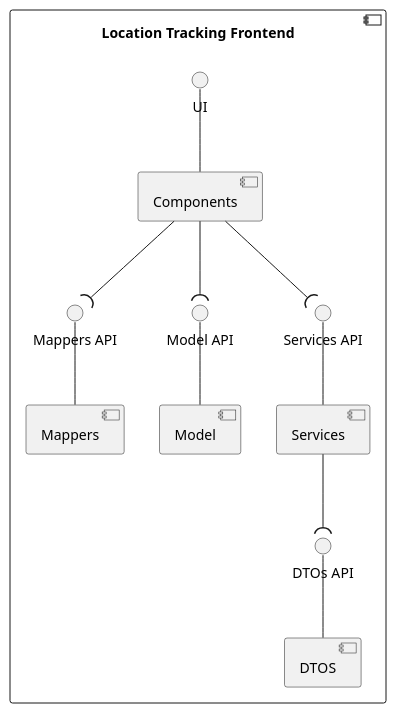
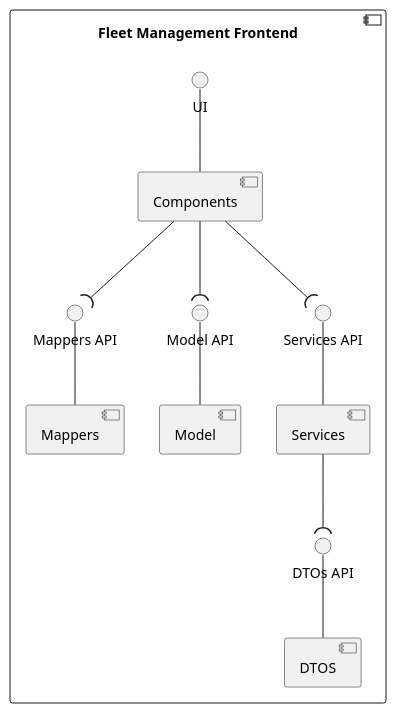
One commit to FilipeMCruz/sensae-console changed the diagram in docs/diagrams/logical-view-level3-location-tracking-frontend.pu. Above: the diagram before and after it, drawn with PlantUML. The commit also changed 98 other files, not shown here.

Commit message:
Changed location tracking frontend name to fleet management frontend

```diff
--- a/docs/diagrams/logical-view-level3-location-tracking-frontend.pu
+++ b/docs/diagrams/logical-view-level3-location-tracking-frontend.pu
@@ -1,31 +1,31 @@
-@startuml logical-view-level3-location-tracking-frontend
+@startuml logical-view-level3-fleet-management-frontend
 
 skinparam Monochrome true
 
-component "Location Tracking Frontend" {
+component "Fleet Management Frontend" {
     component "Components" as COMP
     component "DTOS" as DTO
     component "Mappers" as MAP
     component "Model" as MOD
     component "Services" as SERV
 
     interface "UI" as COMP_API
     interface "DTOs API" as DTO_API
     interface "Mappers API" as MAP_API
     interface "Model API" as MOD_API
     interface "Services API" as SERV_API
 
     COMP_API -- COMP
     DTO_API -- DTO
     MAP_API -- MAP
     MOD_API -- MOD
     SERV_API -- SERV
 
     SERV --( DTO_API
 
     COMP --( MOD_API
     COMP --( MAP_API
     COMP --( SERV_API
 }
 
 @enduml
```
